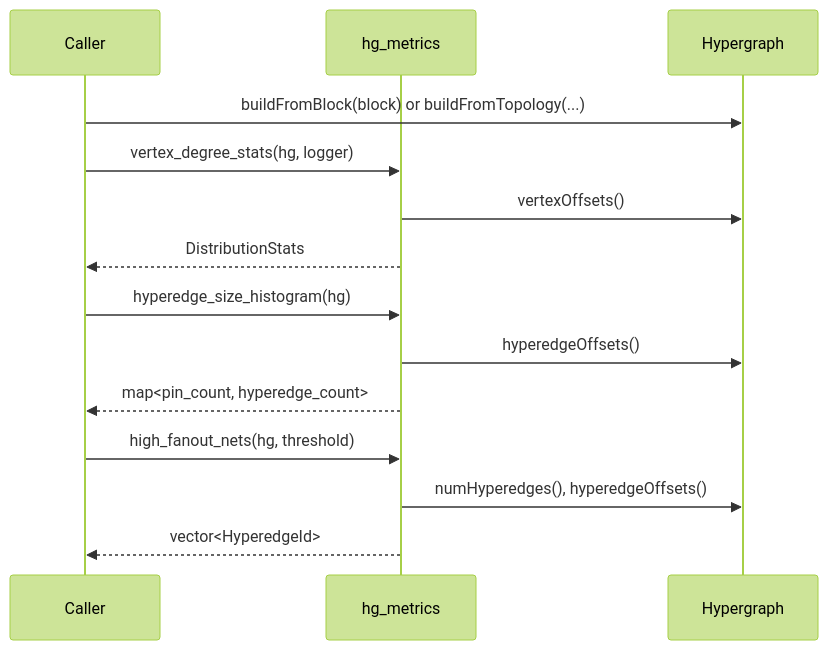
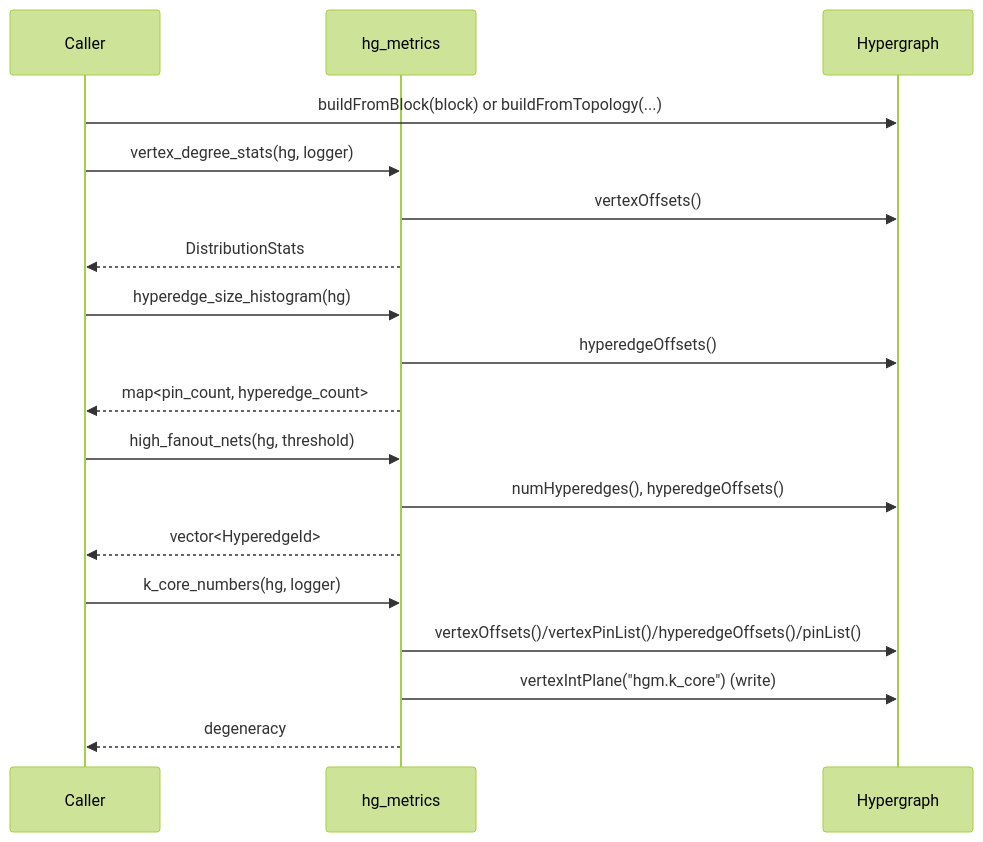
Before and after one commit to rfive88/eda-lab: the seventh of 7 diagrams in src/hg_metrics/FLOW.md, drawn with Mermaid (forest theme). The commit also changed other lines of this file and 4 other files, not shown here.

Commit message:
hg_metrics: C2 k-core decomposition

````diff
--- a/src/hg_metrics/FLOW.md
+++ b/src/hg_metrics/FLOW.md
@@ -98,17 +147,21 @@
 ```mermaid
 sequenceDiagram
     participant Caller
     participant hg_metrics
     participant Hypergraph
 
     Caller->>Hypergraph: buildFromBlock(block) or buildFromTopology(...)
     Caller->>hg_metrics: vertex_degree_stats(hg, logger)
     hg_metrics->>Hypergraph: vertexOffsets()
     hg_metrics-->>Caller: DistributionStats
     Caller->>hg_metrics: hyperedge_size_histogram(hg)
     hg_metrics->>Hypergraph: hyperedgeOffsets()
     hg_metrics-->>Caller: map<pin_count, hyperedge_count>
     Caller->>hg_metrics: high_fanout_nets(hg, threshold)
     hg_metrics->>Hypergraph: numHyperedges(), hyperedgeOffsets()
     hg_metrics-->>Caller: vector<HyperedgeId>
+    Caller->>hg_metrics: k_core_numbers(hg, logger)
+    hg_metrics->>Hypergraph: vertexOffsets()/vertexPinList()/hyperedgeOffsets()/pinList()
+    hg_metrics->>Hypergraph: vertexIntPlane("hgm.k_core") (write)
+    hg_metrics-->>Caller: degeneracy
 ```
````
